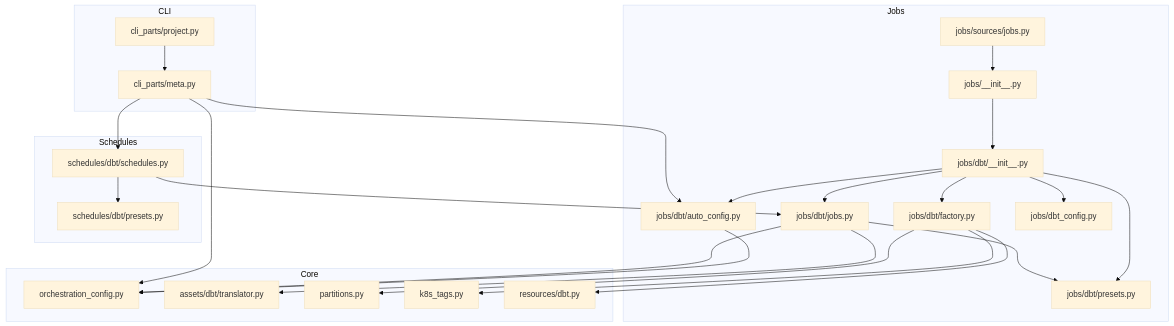
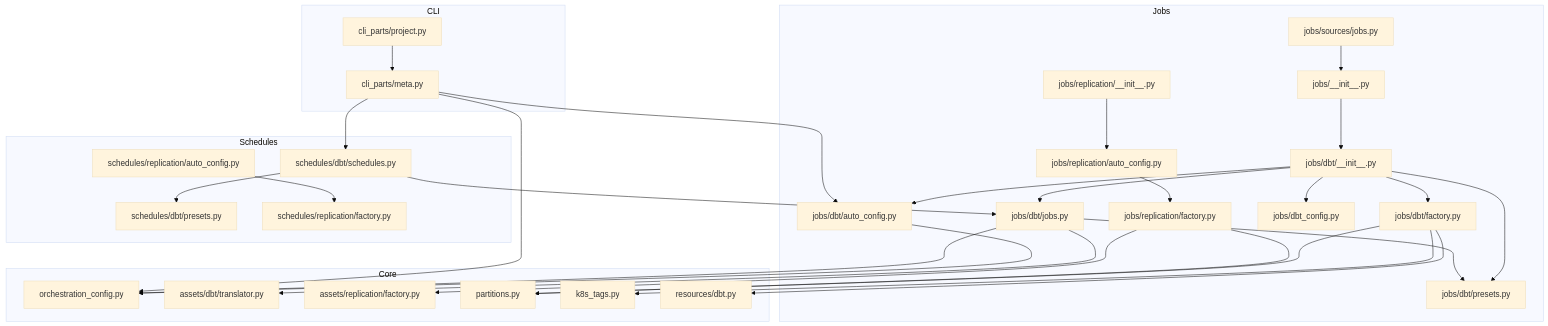
One commit to metasync/dbt-dagsterizer changed the first of 7 diagrams in .qoder/repowiki/en/content/Job Orchestration/Job Orchestration.md. Above: the diagram before and after it, drawn with Mermaid (base theme). The commit also changed other lines of this file and 2 other files, not shown here.

````diff
--- a/.qoder/repowiki/en/content/Job Orchestration/Job Orchestration.md
+++ b/.qoder/repowiki/en/content/Job Orchestration/Job Orchestration.md
@@ -47,48 +62,59 @@
 ```mermaid
 graph TB
 subgraph "Jobs"
 JInit["jobs/__init__.py"]
 JDBTInit["jobs/dbt/__init__.py"]
 JAuto["jobs/dbt/auto_config.py"]
 JFactory["jobs/dbt/factory.py"]
 JJobs["jobs/dbt/jobs.py"]
 JPreset["jobs/dbt/presets.py"]
 JCfg["jobs/dbt_config.py"]
 JSrcJobs["jobs/sources/jobs.py"]
+JRepInit["jobs/replication/__init__.py"]
+JRepAuto["jobs/replication/auto_config.py"]
+JRepFactory["jobs/replication/factory.py"]
 end
 subgraph "Schedules"
 Sched["schedules/dbt/schedules.py"]
 SPreset["schedules/dbt/presets.py"]
+SRepAuto["schedules/replication/auto_config.py"]
+SRepFactory["schedules/replication/factory.py"]
 end
 subgraph "Core"
 OCfg["orchestration_config.py"]
 Trans["assets/dbt/translator.py"]
+RepAssets["assets/replication/factory.py"]
 Part["partitions.py"]
 K8s["k8s_tags.py"]
 RDbt["resources/dbt.py"]
 end
 subgraph "CLI"
 Meta["cli_parts/meta.py"]
 Proj["cli_parts/project.py"]
 end
 JInit --> JDBTInit
 JDBTInit --> JAuto
 JDBTInit --> JFactory
 JDBTInit --> JJobs
 JDBTInit --> JPreset
 JDBTInit --> JCfg
 JSrcJobs --> JInit
+JRepInit --> JRepAuto
+JRepAuto --> JRepFactory
 Sched --> JJobs
 Sched --> SPreset
+SRepAuto --> SRepFactory
 JAuto --> OCfg
 JFactory --> Part
 JFactory --> K8s
 JFactory --> RDbt
 JJobs --> OCfg
 JJobs --> Trans
 JJobs --> JPreset
+JRepFactory --> RepAssets
+JRepFactory --> Part
 Meta --> OCfg
 Meta --> JAuto
 Meta --> Sched
 Proj --> Meta
 ```
````
